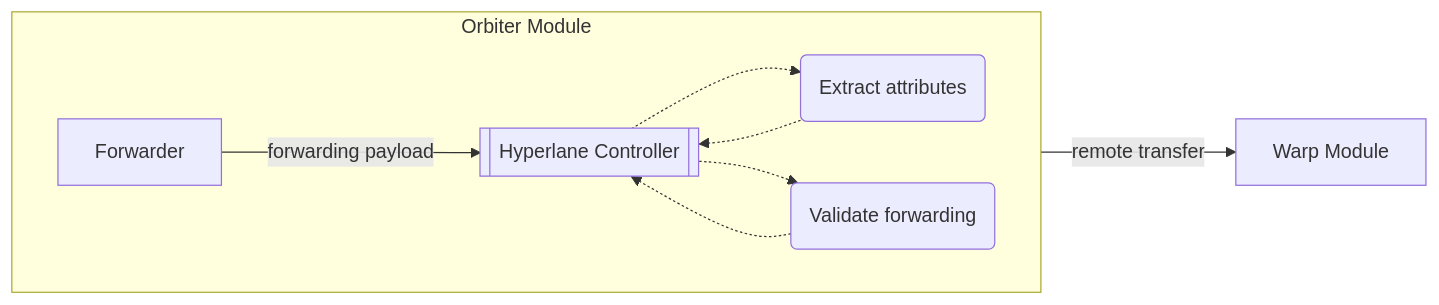
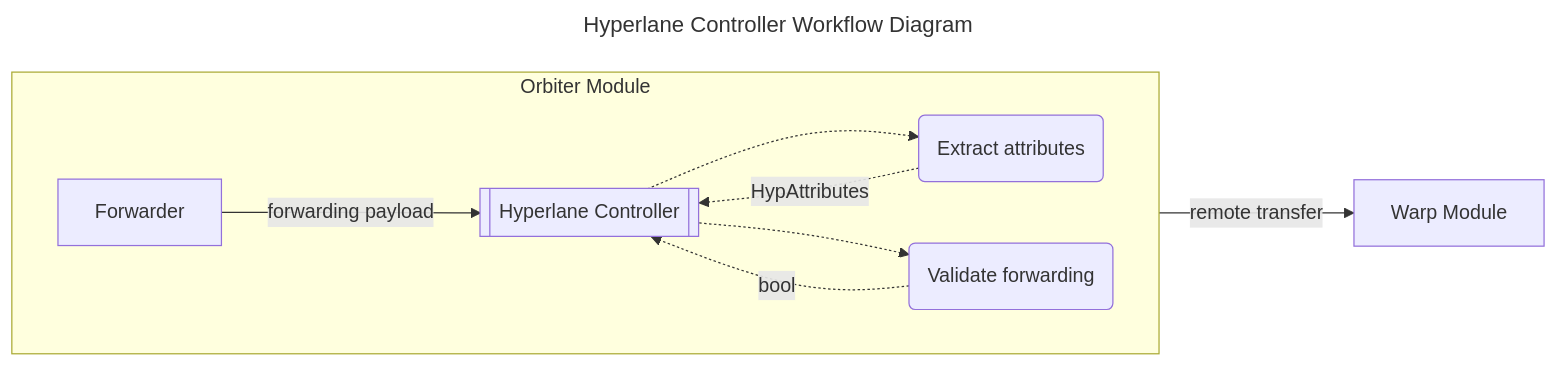
Before and after one commit to noble-assets/orbiter: the diagram in docs/controllers.md, drawn with Mermaid. The commit also changed other lines of this file and 1 other file, not shown here.

````diff
--- a/docs/controllers.md
+++ b/docs/controllers.md
@@ -89,17 +105,21 @@
 ```mermaid
+---
+title: Hyperlane Controller Workflow Diagram
+---
+
 flowchart LR
    subgraph Orbiter Module
      direction LR
       F[Forwarder]
       HC[[Hyperlane Controller]]
       EA(Extract attributes)
       VF(Validate forwarding)
    end
 
   F -- forwarding payload --> HC
   HC -.-> EA
-  EA -.-> HC
+  EA -.->|HypAttributes| HC
   HC -.-> VF
-  VF -.-> HC
+  VF -.->|bool| HC
   HC -- remote transfer--> W[Warp Module]
 ```
````
